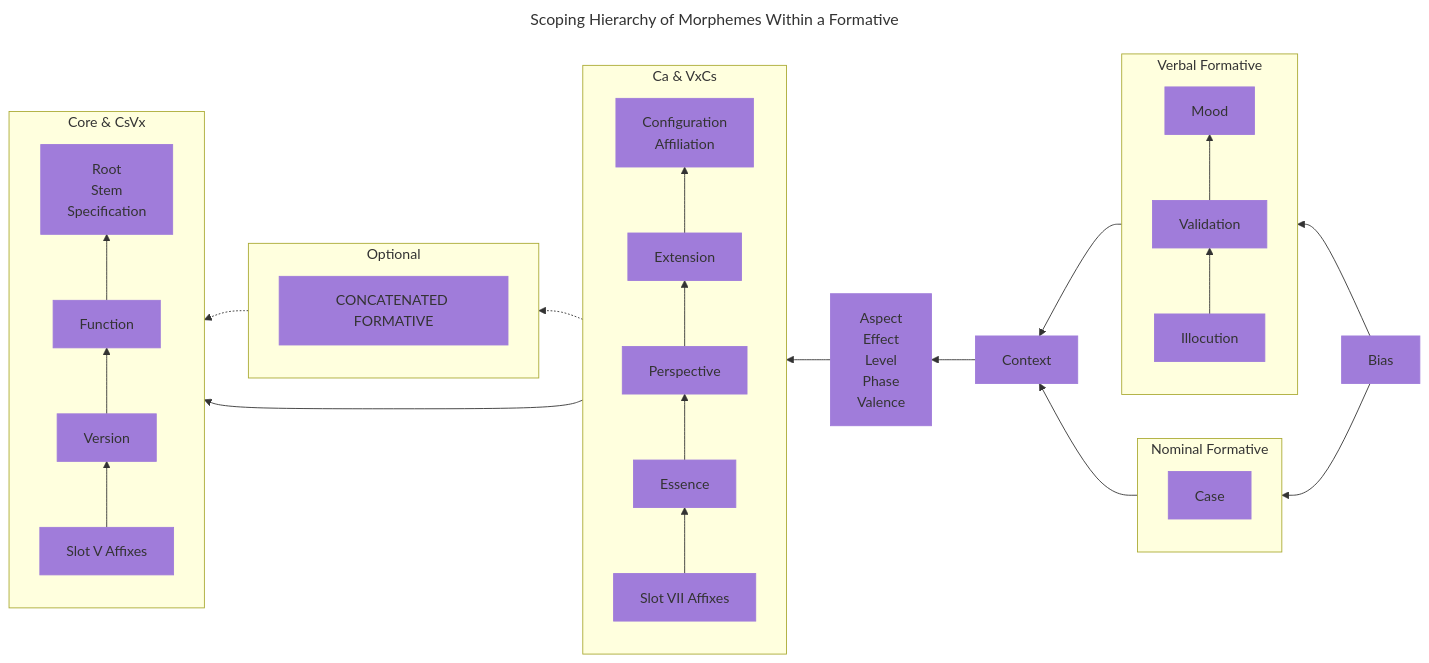
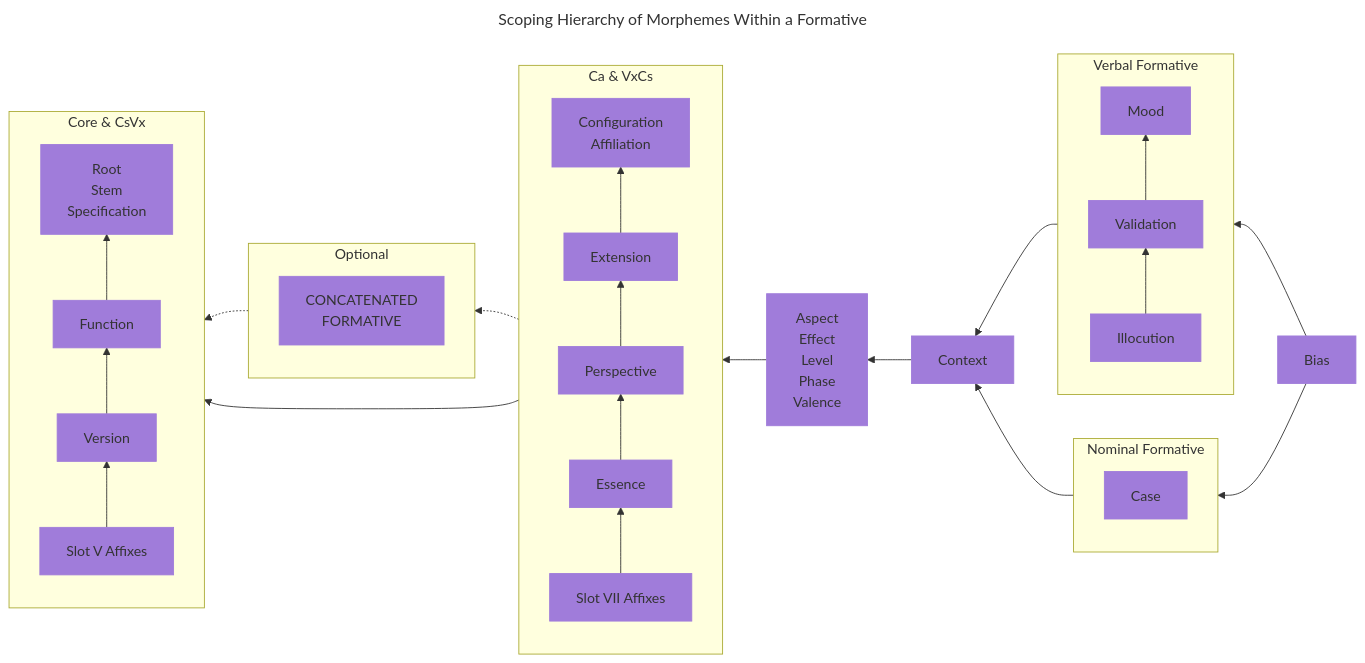
One commit to yuorb/yuorb.github.io changed the diagram in src/en/docs/02.md. Above: the diagram before and after it, drawn with Mermaid. The commit also changed other lines of this file and 21 other files, not shown here.

````diff
--- a/src/en/docs/02.md
+++ b/src/en/docs/02.md
@@ -203,52 +203,53 @@
 ```mermaid
 ---
 title: Scoping Hierarchy of Morphemes Within a Formative
 ---
 flowchart RL
     subgraph CORE [Core & CsVx]
     direction BT
     a["Root
     Stem
     Specification"]
     b[Function]
     c[Version]
     d[Slot V Affixes]
     d-->c-->b-->a
     end
     subgraph opt [Optional]
-    e[CONCATENATED FORMATIVE]
+    e["CONCATENATED
+    FORMATIVE"]
     end
     subgraph Ca [Ca & VxCs]
     direction BT
     f["Configuration
     Affiliation"]
     g[Extension]
     h[Perspective]
     i[Essence]
     j[Slot VII Affixes]
     j-->i-->h-->g-->f
     end
     k["Aspect
     Effect
     Level
     Phase
     Valence"]
     l[Context]
     l-->k-->Ca-.->opt-.->CORE
     Ca-->CORE
     subgraph verb [Verbal Formative]
     direction BT
     p[Illocution]-->o[Validation]-->n[Mood]
     end
     subgraph noun [Nominal Formative]
     direction BT
     m[Case]
     end
     verb-->l
     noun-->l
     q[Bias]
     q-->verb
     q-->noun
     class a,b,c,d,e,f,g,h,i,j,k,l,m,n,o,p,q styl;
     classDef styl fill:#a07cda,stroke:#a07cda
 ```
````
